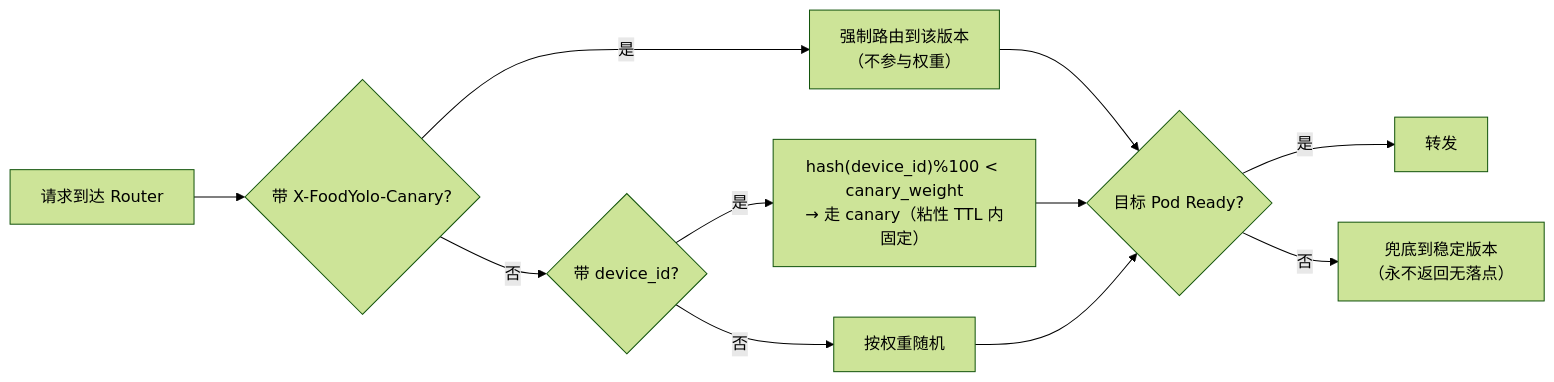
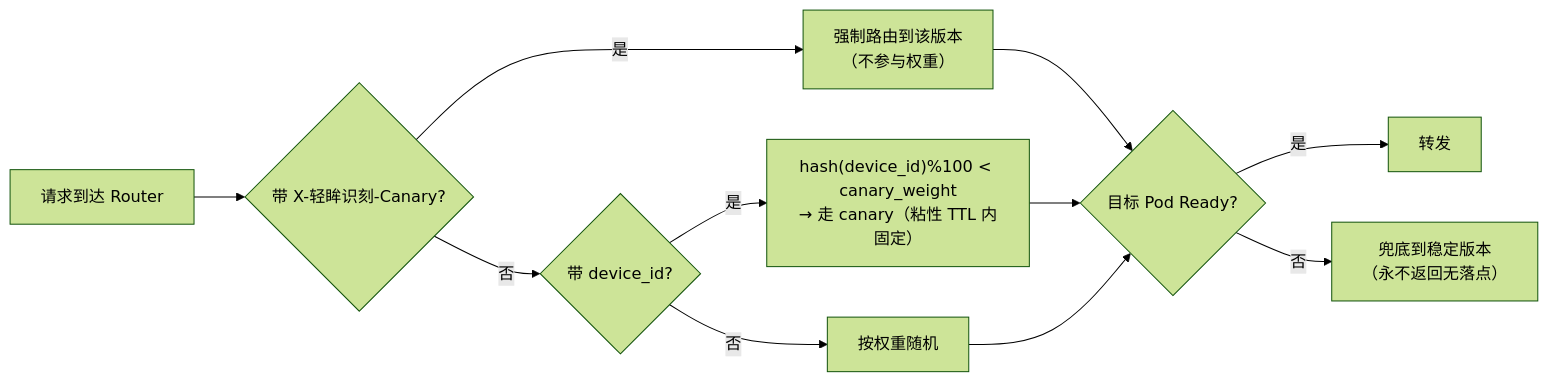
One commit to QingMouFoodDate/ProjectPRD changed the sixth of 6 diagrams in PRD/07_部署推理/P0113_版本灰度与回滚.md. Above: the diagram before and after it, drawn with Mermaid (forest theme). The commit also changed other lines of this file and 45 other files, not shown here.

First line of the commit message:
docs: 产品名统一为轻眸识刻 + 新增仓库地图

````diff
--- a/PRD/07_部署推理/P0113_版本灰度与回滚.md
+++ b/PRD/07_部署推理/P0113_版本灰度与回滚.md
@@ -617,13 +617,13 @@
 ```mermaid
 flowchart LR
-    A["请求到达 Router"] --> B{"带 X-FoodYolo-Canary?"}
+    A["请求到达 Router"] --> B{"带 X-轻眸识刻-Canary?"}
     B -->|是| C["强制路由到该版本<br/>（不参与权重）"]
     B -->|否| D{"带 device_id?"}
     D -->|是| E["hash(device_id)%100 < canary_weight<br/>→ 走 canary（粘性 TTL 内固定）"]
     D -->|否| F["按权重随机"]
     C --> G{"目标 Pod Ready?"}
     E --> G
     F --> G
     G -->|是| H["转发"]
     G -->|否| I["兜底到稳定版本<br/>（永不返回无落点）"]
 ```
````
